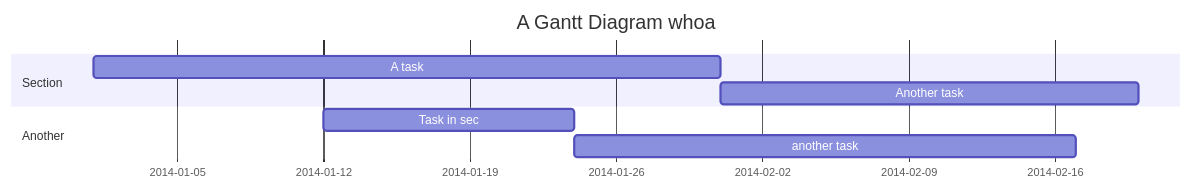
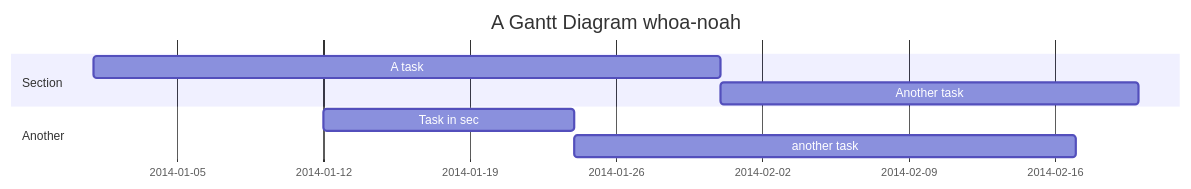
Before and after one commit to TinXsat/project-structure: the diagram in gantt-chart.md, drawn with Mermaid.

Commit message:
Trigger action

````diff
--- a/gantt-chart.md
+++ b/gantt-chart.md
@@ -3,11 +3,11 @@
 ```mermaid
 gantt
-    title A Gantt Diagram whoa
+    title A Gantt Diagram whoa-noah
     dateFormat  YYYY-MM-DD
     section Section
     A task           :a1, 2014-01-01, 30d
     Another task     :after a1  , 20d
     section Another
     Task in sec      :2014-01-12  , 12d
     another task      : 24d
 ```
````
